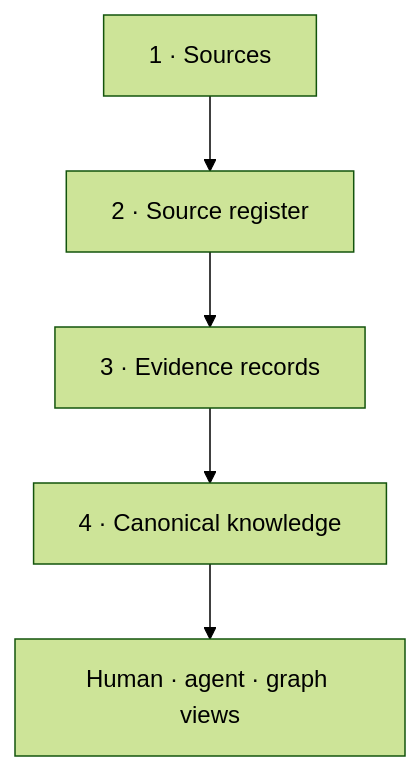
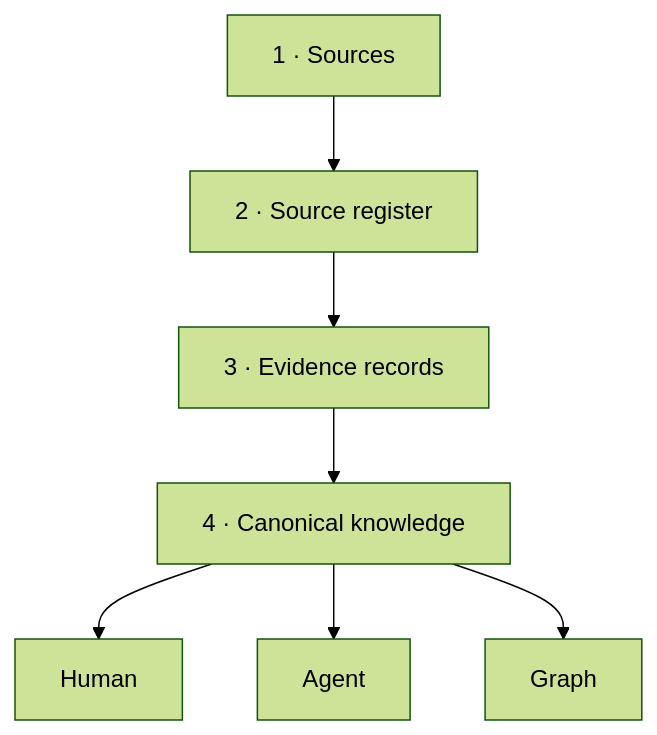
The diagram in docs/architecture.md (denchco/knowledge-base-wiki-standard), drawn with Mermaid (forest theme) before and after one commit. The commit also changed other lines of this file and 11 other files, not shown here.

Commit message:
Split and centre canonical Mermaid product diagrams

````diff
--- a/docs/architecture.md
+++ b/docs/architecture.md
@@ -26,12 +26,17 @@
 ```mermaid
 flowchart TB
   accTitle: Knowledge authority and derived surfaces
-  accDescr: Sources are registered, assessed as evidence, maintained as canonical knowledge, and then presented through derived human, agent, and graph views.
+  accDescr: Sources are registered, assessed as evidence, and maintained as canonical knowledge, which directly serves separate Human, Agent, and Graph surfaces that cannot create evidence.
 
   S["1 · Sources"]
   R["2 · Source register"]
   E["3 · Evidence records"]
   C["4 · Canonical knowledge"]
-  W["Human · agent · graph views"]
-  S --> R --> E --> C --> W
+  H["Human"]
+  A["Agent"]
+  G["Graph"]
+  S --> R --> E --> C
+  C --> H
+  C --> A
+  C --> G
 ```
````
